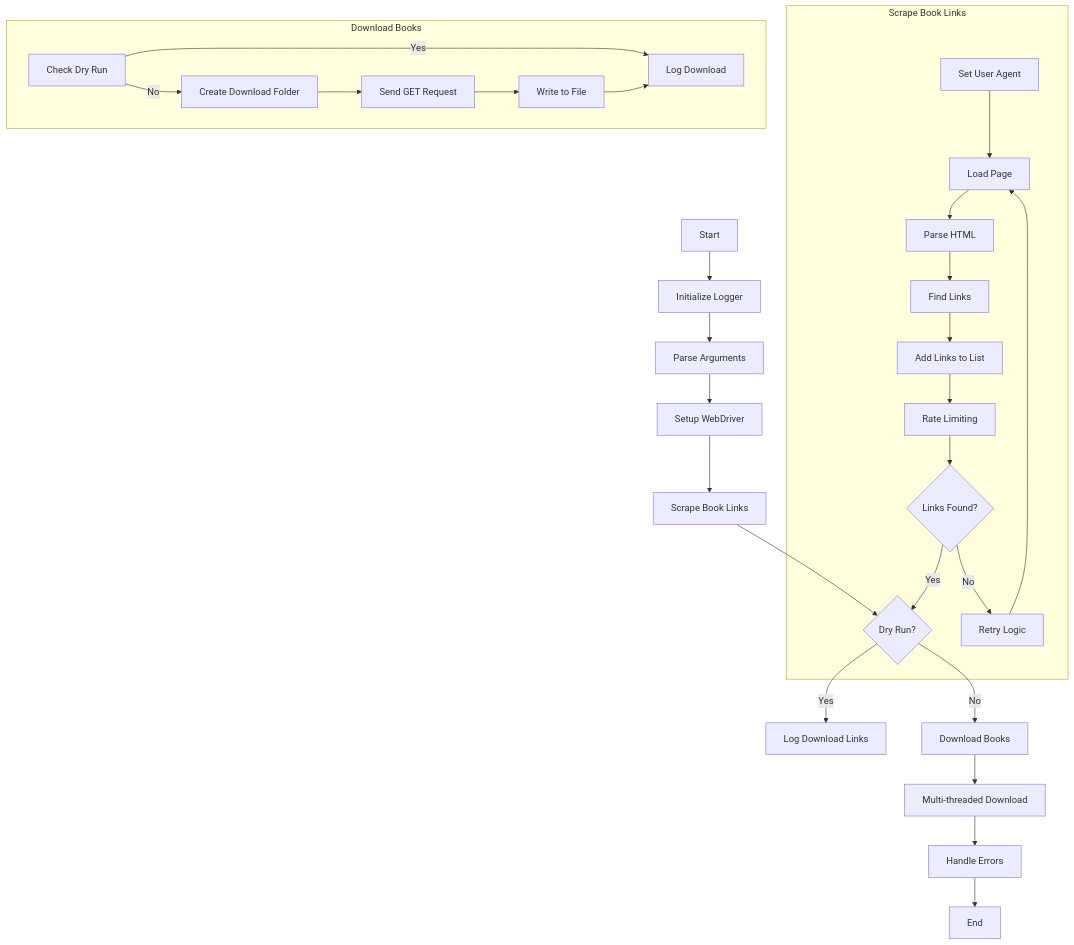
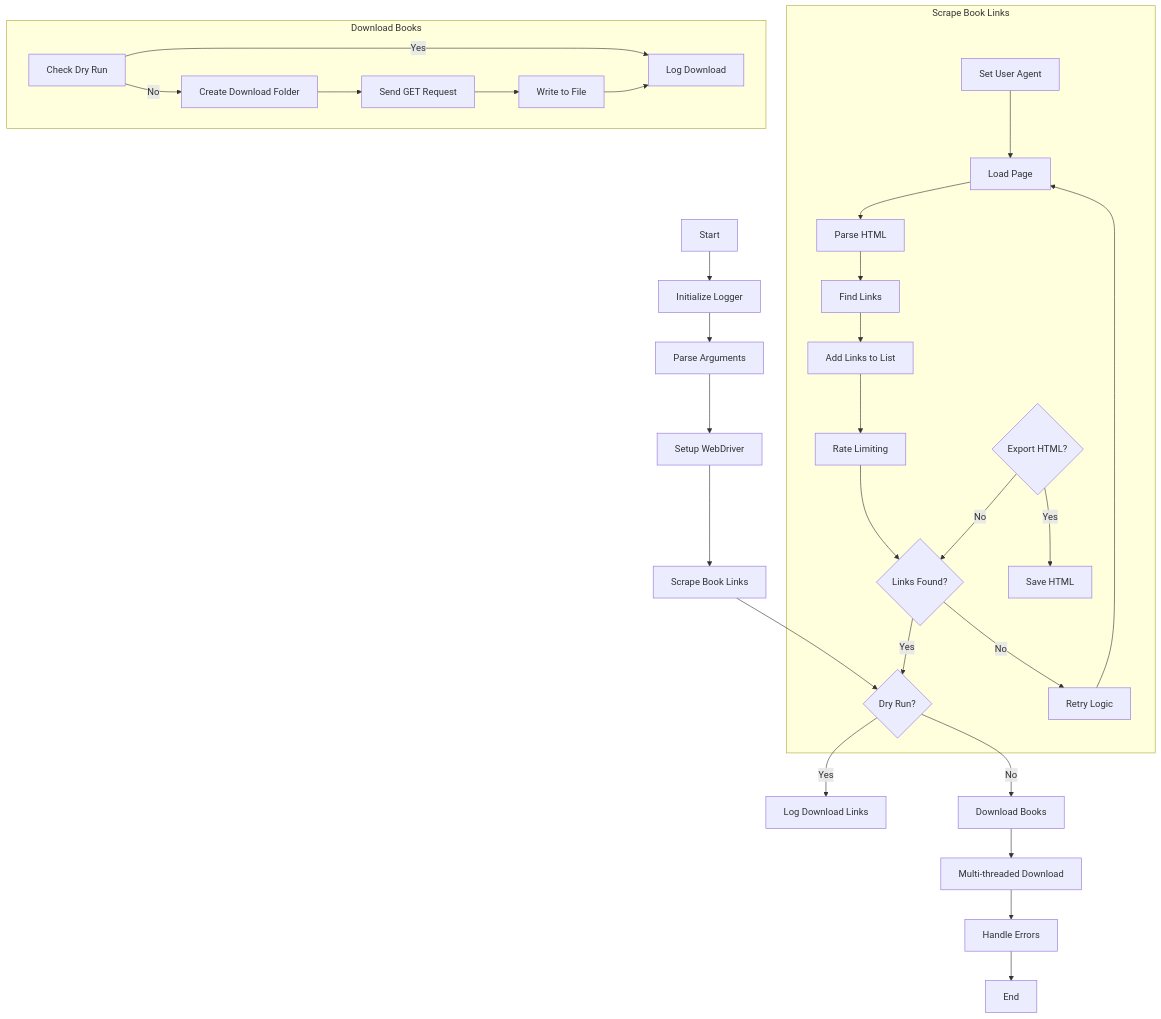
One commit to MichelfrancisBustillos/MotW-Scraper changed the diagram in readme.md. Above: the diagram before and after it, drawn with Mermaid. The commit also changed other lines of this file and 2 other files, not shown here.

Commit message:
Add option to export page source HTML; update README and logging configuration

````diff
--- a/readme.md
+++ b/readme.md
@@ -111,46 +118,49 @@
 ```mermaid
 graph TD
     A[Start] --> B[Initialize Logger]
     B --> C[Parse Arguments]
     C --> D[Setup WebDriver]
     D --> E[Scrape Book Links]
     E --> F{Dry Run?}
     F -- Yes --> G[Log Download Links]
     F -- No --> H[Download Books]
     H --> I[Multi-threaded Download]
     I --> J[Handle Errors]
     J --> K[End]
 
     subgraph Scrape Book Links
         E1[Set User Agent]
         E2[Load Page]
         E3[Parse HTML]
         E4[Find Links]
         E5[Add Links to List]
         E6[Rate Limiting]
         E7{Links Found?}
         E8[Retry Logic]
+        E9{Export HTML?}
         E1 --> E2
         E2 --> E3
         E3 --> E4
         E4 --> E5
         E5 --> E6
         E6 --> E7
         E7 -- No --> E8
         E7 -- Yes --> F
         E8 --> E2
+        E9 -- Yes --> E10[Save HTML]
+        E9 -- No --> E7
     end
 
     subgraph Download Books
         H1[Check Dry Run]
         H2[Create Download Folder]
         H3[Send GET Request]
         H4[Write to File]
         H5[Log Download]
         H1 -->|Yes| H5
         H1 -->|No| H2
         H2 --> H3
         H3 --> H4
         H4 --> H5
     end
 ```
````
